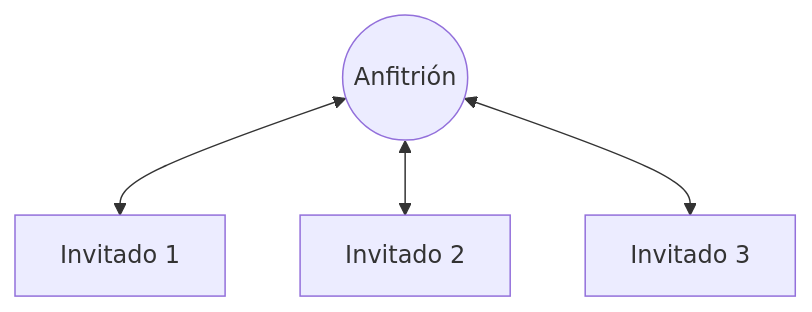
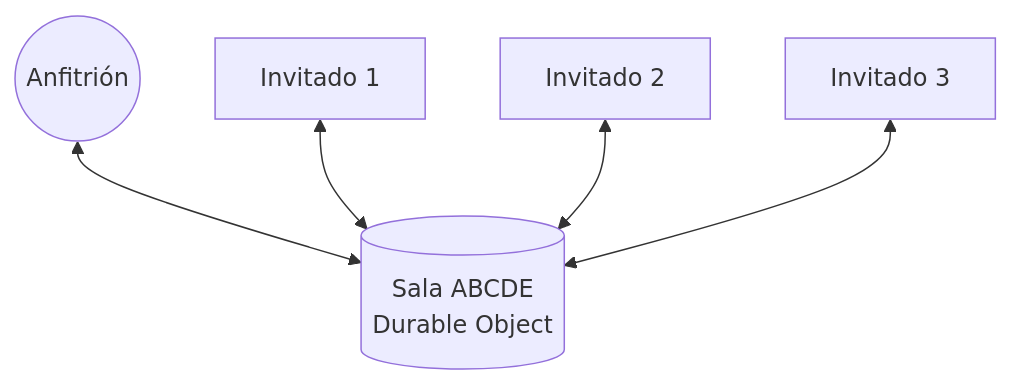
One commit to Rickyrdguez/Lambo-kart changed the second of 2 diagrams in docs/ARQUITECTURA.md. Above: the diagram before and after it, drawn with Mermaid. The commit also changed other lines of this file and 9 other files, not shown here.

````diff
--- a/docs/ARQUITECTURA.md
+++ b/docs/ARQUITECTURA.md
@@ -60,7 +66,8 @@
 ```mermaid
 flowchart TD
-    H((Anfitrión))
-    H <--> A[Invitado 1]
-    H <--> B[Invitado 2]
-    H <--> C[Invitado 3]
+    S[(Sala ABCDE<br/>Durable Object)]
+    H((Anfitrión)) <--> S
+    A[Invitado 1] <--> S
+    B[Invitado 2] <--> S
+    C[Invitado 3] <--> S
 ```
````
